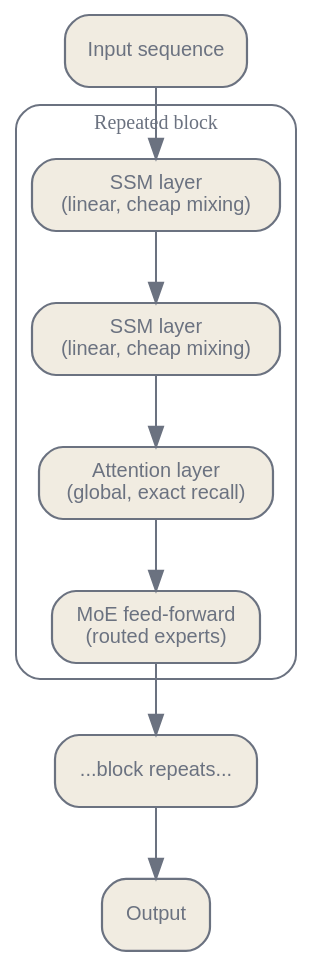
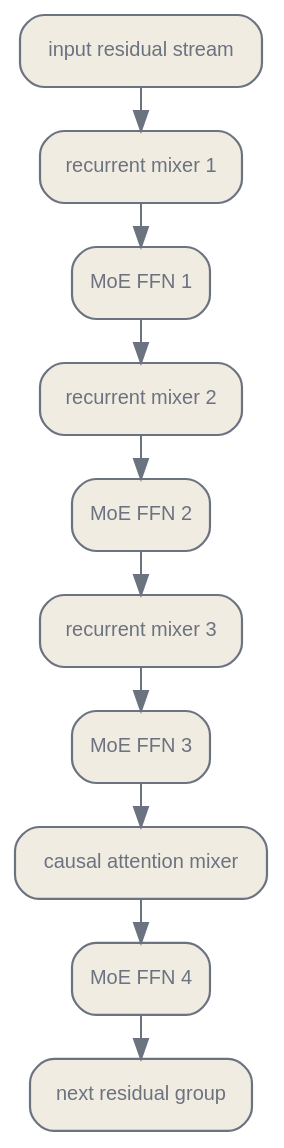
The second of 2 diagrams in en/foundations/05-moe-ssm-hybrids.qmd (latere-ai/ai-as-an-infrastructure), drawn with Graphviz before and after one commit. The commit also changed other lines of this file and 15 other files, not shown here.

Commit message:
book: rewrite MoE and hybrid architecture chapter

````diff
--- a/en/foundations/05-moe-ssm-hybrids.qmd
+++ b/en/foundations/05-moe-ssm-hybrids.qmd
@@ -176,34 +470,24 @@
 ```{dot}
 //| label: fig-moe-hybrid-stack
-//| fig-cap: "A hybrid stack composes all three ideas. Most layers mix the sequence with a linear SSM recurrence, a minority use full attention for exact recall, and the feed-forward slot is an MoE layer. After Lieber et al., 2024."
-digraph {
+//| fig-cap: "An illustrative 3:1 hybrid cycle. Three recurrent mixers and one attention mixer each feed an MoE FFN. The mixer schedule and FFN choice are independent configuration fields, not a universal block order."
+digraph hybrid {
   bgcolor="transparent";
   rankdir=TB;
-  nodesep=0.4; ranksep=0.5;
+  nodesep=0.26; ranksep=0.30;
   node [shape=box, style="rounded,filled", fontname="Helvetica", fontsize=10, color="#6b7280", fontcolor="#6b7280", fillcolor="#f1ece1", penwidth=1.1];
-  edge [fontsize=10, fontname="Helvetica", color="#6b7280", fontcolor="#6b7280"];
+  edge [fontsize=9, fontname="Helvetica", color="#6b7280", fontcolor="#6b7280"];
 
-  in [label="Input sequence"];
-  rep [label="...block repeats..."];
-  out [label="Output"];
+  x [label="input residual stream"];
+  r1 [label="recurrent mixer 1"];
+  f1 [label="MoE FFN 1"];
+  r2 [label="recurrent mixer 2"];
+  f2 [label="MoE FFN 2"];
+  r3 [label="recurrent mixer 3"];
+  f3 [label="MoE FFN 3"];
+  a [label="causal attention mixer"];
+  f4 [label="MoE FFN 4"];
+  y [label="next residual group"];
 
-  subgraph cluster_block {
-    label="Repeated block";
-    style=rounded;
-    color="#6b7280";
-    fontcolor="#6b7280";
-    fontsize=10;
-    L1 [label="SSM layer\n(linear, cheap mixing)"];
-    L2 [label="SSM layer\n(linear, cheap mixing)"];
-    L3 [label="Attention layer\n(global, exact recall)"];
-    L4 [label="MoE feed-forward\n(routed experts)"];
-    L1 -> L2;
-    L2 -> L3;
-    L3 -> L4;
-  }
-
-  in -> L1;
-  L4 -> rep;
-  rep -> out;
+  x -> r1 -> f1 -> r2 -> f2 -> r3 -> f3 -> a -> f4 -> y;
 }
 ```
````
